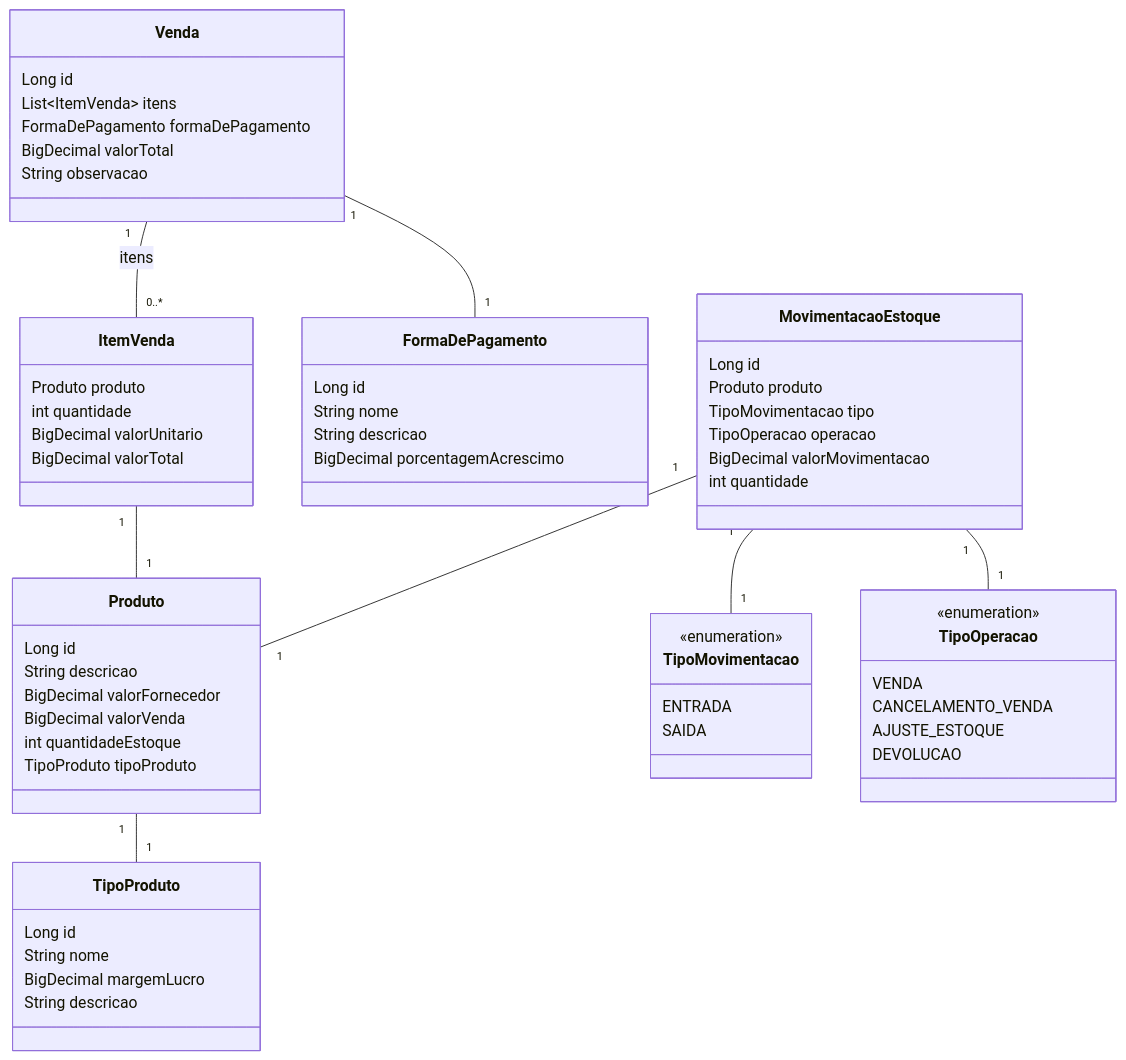
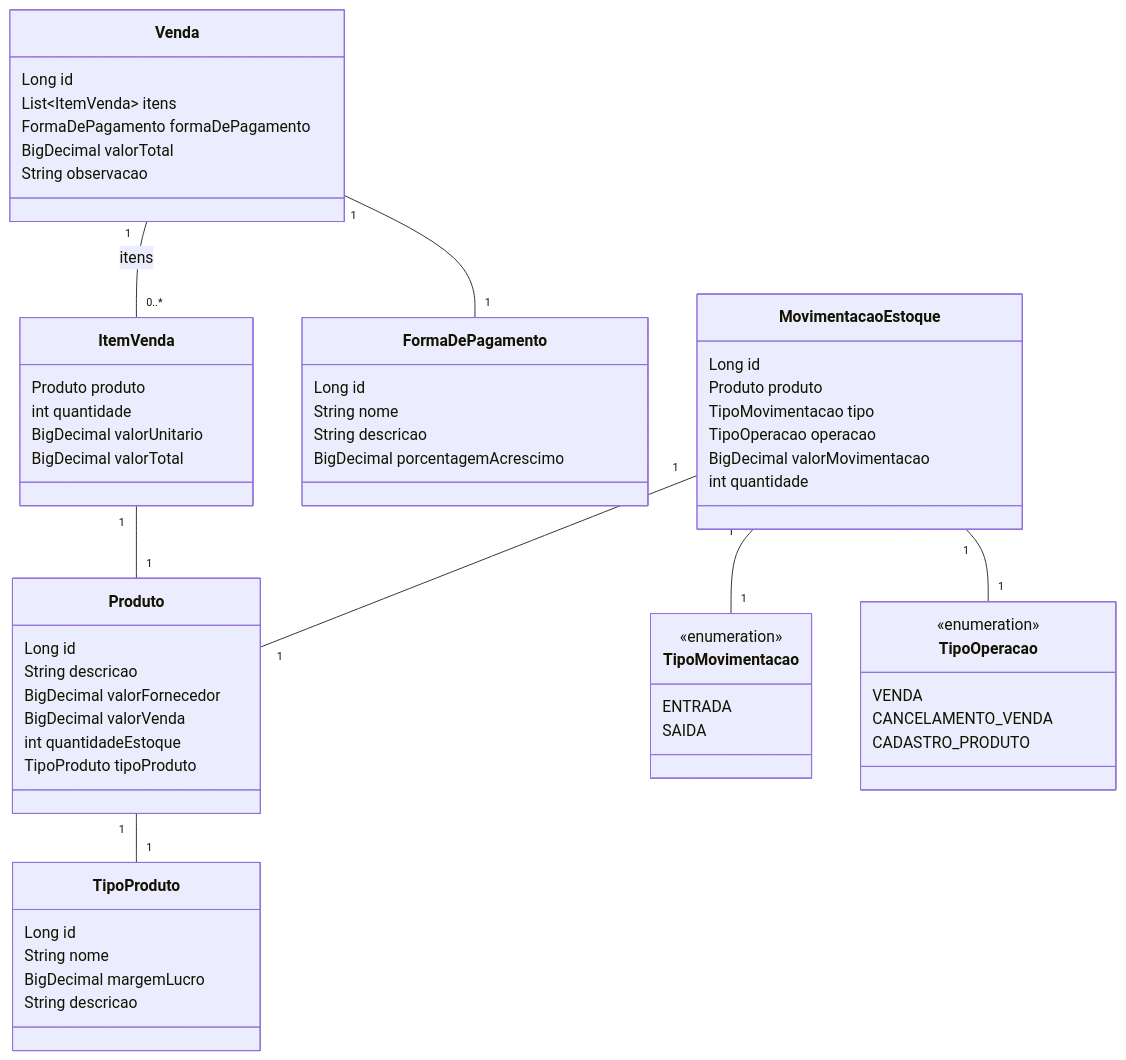
The diagram in README.md (RodrigoAguiarS/controle-estoque), drawn with Mermaid before and after one commit.

````diff
--- a/README.md
+++ b/README.md
@@ -34,72 +34,71 @@
 ```mermaid
 classDiagram
     class Produto {
         Long id
         String descricao
         BigDecimal valorFornecedor
         BigDecimal valorVenda
         int quantidadeEstoque
         TipoProduto tipoProduto
     }
 
     class TipoProduto {
         Long id
         String nome
         BigDecimal margemLucro
         String descricao
     }
 
     class Venda {
         Long id
         List~ItemVenda~ itens
         FormaDePagamento formaDePagamento
         BigDecimal valorTotal
         String observacao
     }
 
     class ItemVenda {
         Produto produto
         int quantidade
         BigDecimal valorUnitario
         BigDecimal valorTotal
     }
 
     class FormaDePagamento {
         Long id
         String nome
         String descricao
         BigDecimal porcentagemAcrescimo
     }
 
     class MovimentacaoEstoque {
         Long id
         Produto produto
         TipoMovimentacao tipo
         TipoOperacao operacao
         BigDecimal valorMovimentacao
         int quantidade
     }
 
     class TipoMovimentacao {
         <<enumeration>>
         ENTRADA
         SAIDA
     }
 
     class TipoOperacao {
         <<enumeration>>
         VENDA
         CANCELAMENTO_VENDA
-        AJUSTE_ESTOQUE
-        DEVOLUCAO
+        CADASTRO_PRODUTO
     }
 
     Produto "1" -- "1" TipoProduto
     Venda "1" -- "0..*" ItemVenda : itens
     ItemVenda "1" -- "1" Produto
     Venda "1" -- "1" FormaDePagamento
     MovimentacaoEstoque "1" -- "1" Produto
     MovimentacaoEstoque "1" -- "1" TipoMovimentacao
     MovimentacaoEstoque "1" -- "1" TipoOperacao
 
 ```
````
